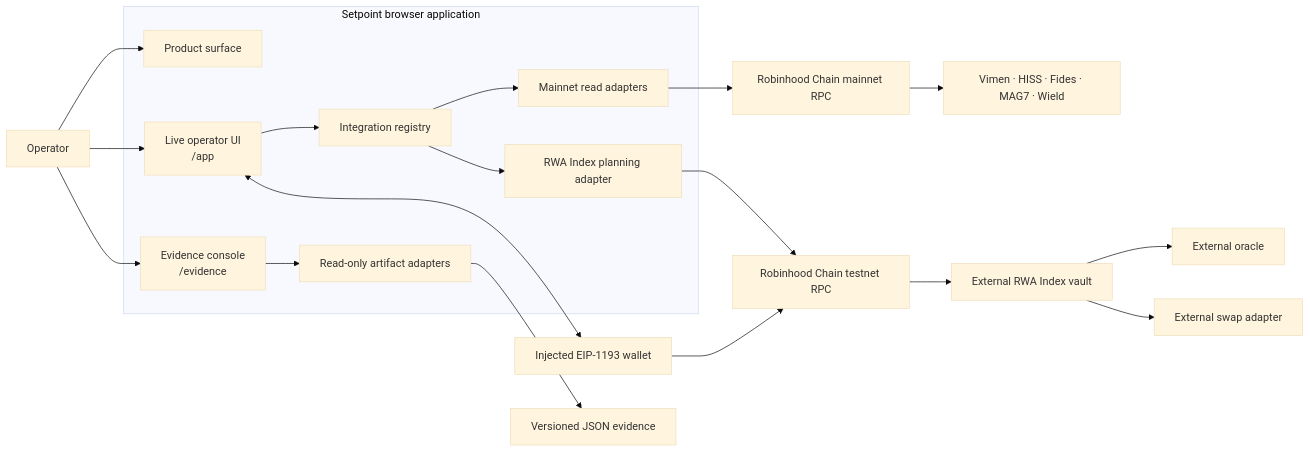
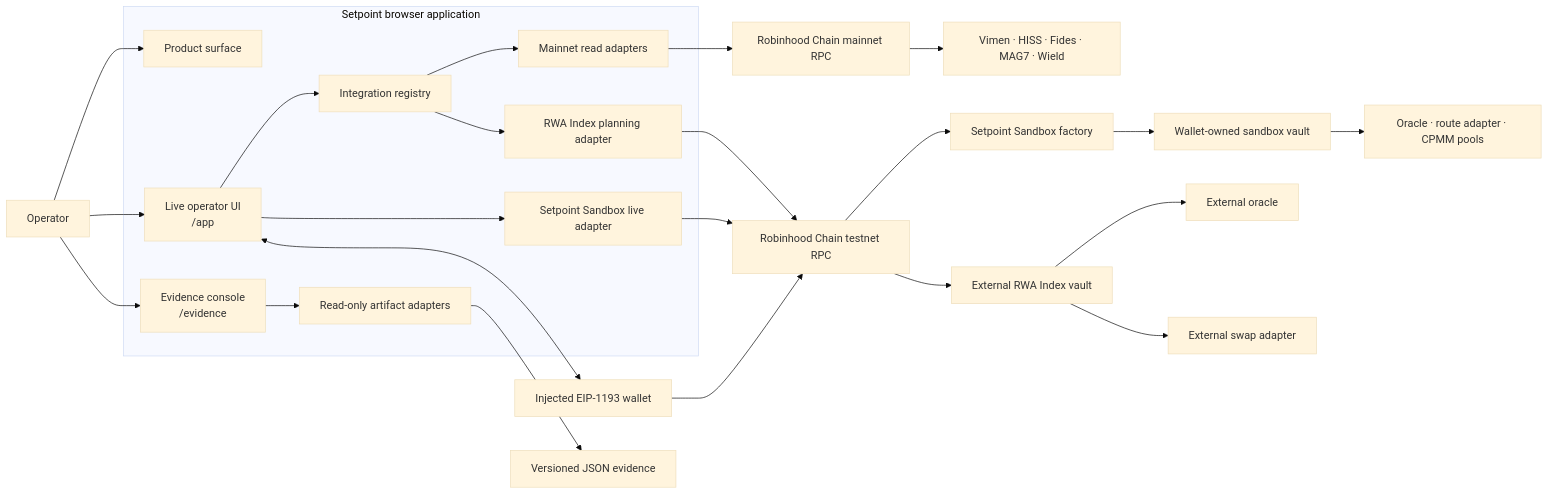
Before and after one commit to karagozemin/setpoint: the first of 6 diagrams in docs/ARCHITECTURE.md, drawn with Mermaid (base theme). The commit also changed other lines of this file and 45 other files, not shown here.

Commit message:
feat: introduce Setpoint Sandbox for wallet-owned testnet execution with enhanced documentation and UI updates

````diff
--- a/docs/ARCHITECTURE.md
+++ b/docs/ARCHITECTURE.md
@@ -34,38 +35,45 @@
 ```mermaid
 flowchart LR
     Operator[Operator]
 
     subgraph Browser[Setpoint browser application]
         Landing[Product surface]
         Live[Live operator UI<br/>/app]
         Evidence[Evidence console<br/>/evidence]
         Registry[Integration registry]
+        SandboxAdapter[Setpoint Sandbox live adapter]
         ReadAdapters[Mainnet read adapters]
         Planner[RWA Index planning adapter]
         ArtifactAdapter[Read-only artifact adapters]
     end
 
     Wallet[Injected EIP-1193 wallet]
     MainnetRPC[Robinhood Chain mainnet RPC]
     TestnetRPC[Robinhood Chain testnet RPC]
+    SandboxFactory[Setpoint Sandbox factory]
+    SandboxVault[Wallet-owned sandbox vault]
+    SandboxInfra[Oracle · route adapter · CPMM pools]
     MainnetVaults[Vimen · HISS · Fides · MAG7 · Wield]
     Vault[External RWA Index vault]
     Oracle[External oracle]
     Swap[External swap adapter]
     Artifacts[Versioned JSON evidence]
 
     Operator --> Landing
     Operator --> Live
     Operator --> Evidence
     Live --> Registry
     Registry --> ReadAdapters
     Registry --> Planner
+    Live --> SandboxAdapter
     ReadAdapters --> MainnetRPC --> MainnetVaults
     Planner --> TestnetRPC
     Live <--> Wallet
     Wallet --> TestnetRPC
+    SandboxAdapter --> TestnetRPC
+    TestnetRPC --> SandboxFactory --> SandboxVault --> SandboxInfra
     TestnetRPC --> Vault
     Vault --> Oracle
     Vault --> Swap
     Evidence --> ArtifactAdapter --> Artifacts
 ```
````
